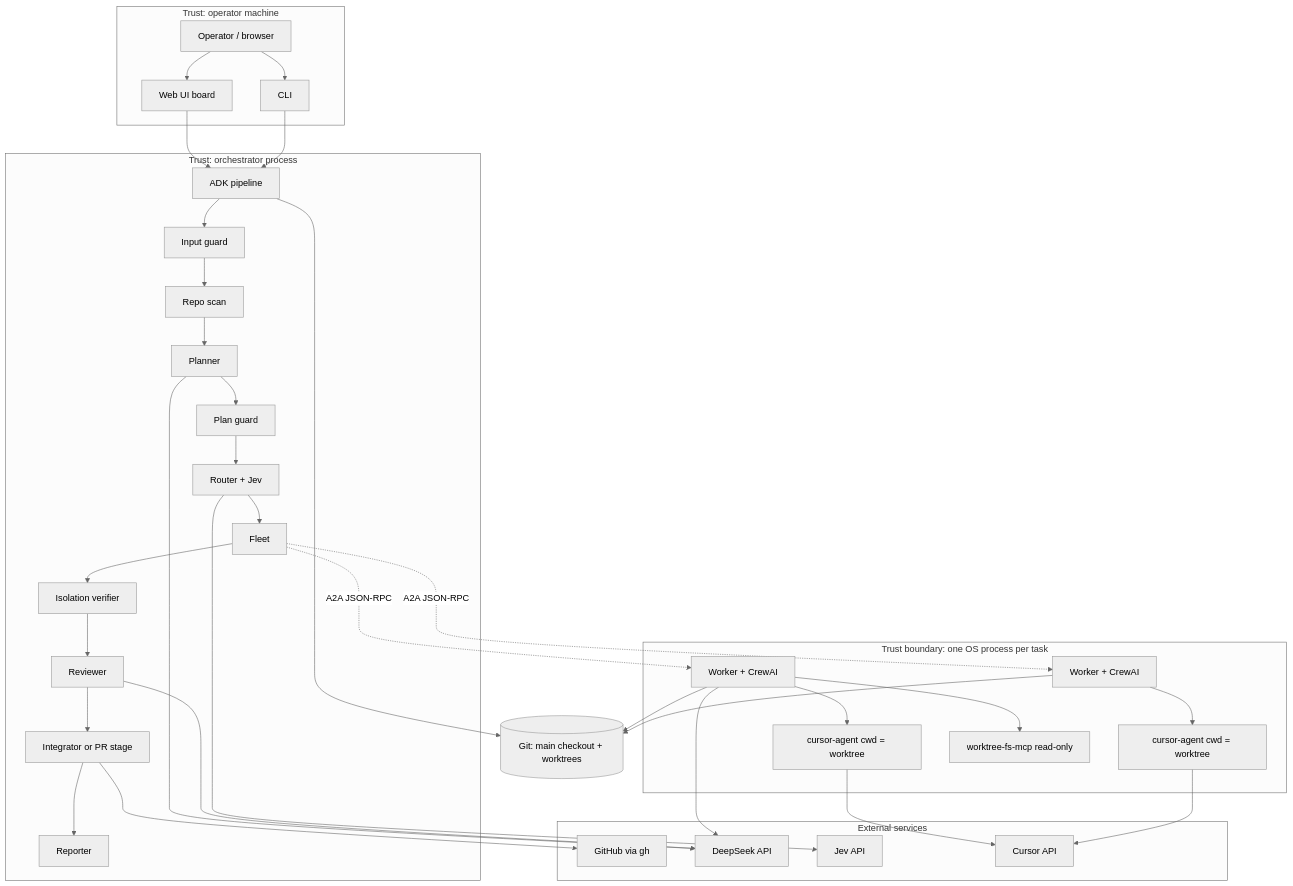
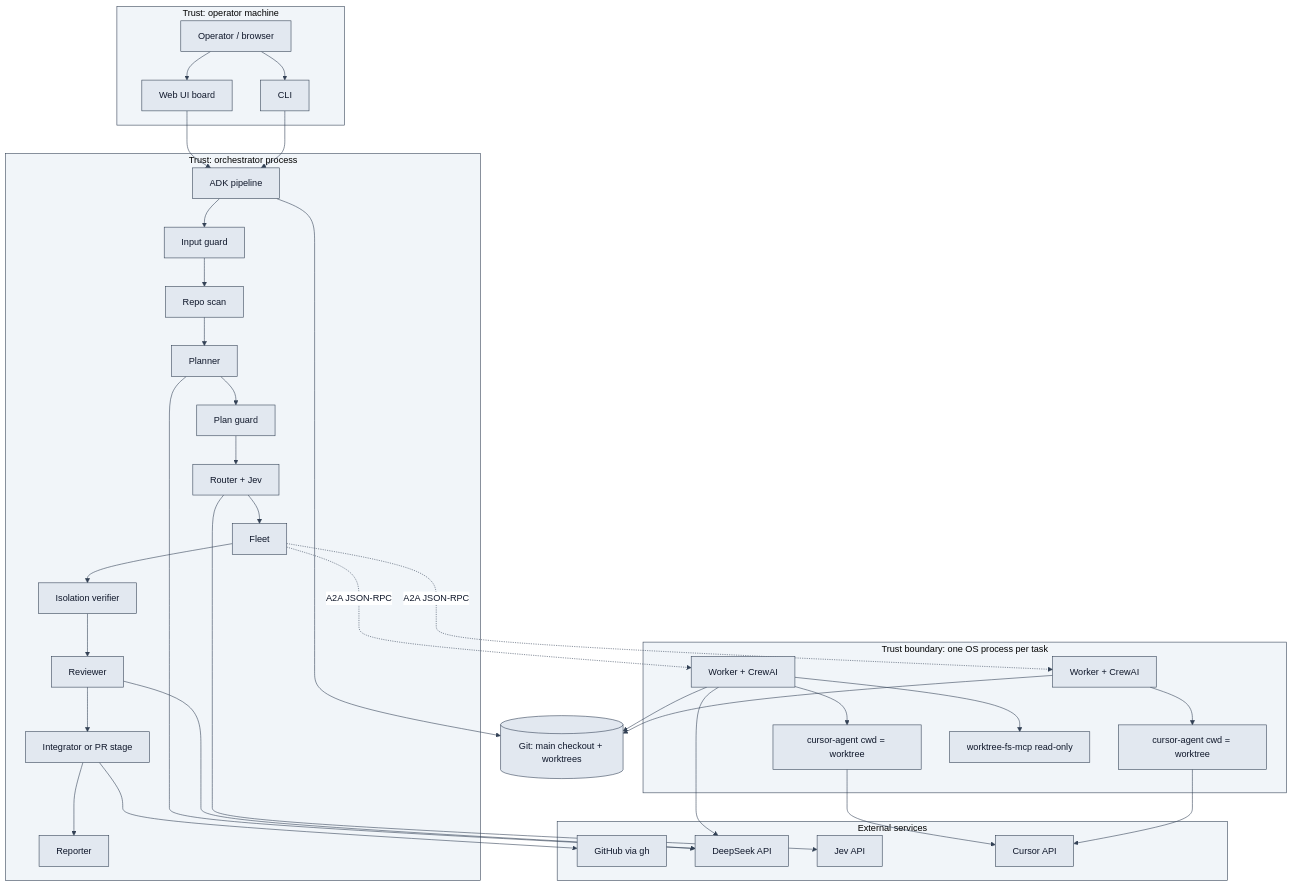
The diagram in docs/img/diagrams/context.mmd (AmartyaKumar11/TreeFleet), drawn with Mermaid before and after one commit. The commit also changed 10 other files, not shown here.

Commit message:
docs: improve diagram contrast and drop AO comparison from README.

```diff
--- a/docs/img/diagrams/context.mmd
+++ b/docs/img/diagrams/context.mmd
@@ -1,59 +1,59 @@
-%%{init: {'theme': 'neutral'}}%%
+%%{init: {'theme': 'base', 'themeVariables': {'background': '#ffffff', 'primaryColor': '#e2e8f0', 'primaryTextColor': '#0f172a', 'primaryBorderColor': '#334155', 'lineColor': '#334155', 'secondaryColor': '#f1f5f9', 'tertiaryColor': '#ffffff', 'clusterBkg': '#f1f5f9', 'clusterBorder': '#334155', 'edgeLabelBackground': '#ffffff'}}}%%
 flowchart TB
   subgraph user_trust["Trust: operator machine"]
     U[Operator / browser]
     CLI[CLI]
     UI[Web UI board]
   end
 
   subgraph orch_trust["Trust: orchestrator process"]
     ORCH[ADK pipeline]
     G1[Input guard]
     RS[Repo scan]
     PL[Planner]
     PG[Plan guard]
     RT[Router + Jev]
     FL[Fleet]
     VF[Isolation verifier]
     RV[Reviewer]
     IG[Integrator or PR stage]
     RP[Reporter]
     ORCH --> G1 --> RS --> PL --> PG --> RT --> FL --> VF --> RV --> IG --> RP
   end
 
   subgraph worker_trust["Trust boundary: one OS process per task"]
     W1[Worker + CrewAI]
     W2[Worker + CrewAI]
     CU1[cursor-agent cwd = worktree]
     CU2[cursor-agent cwd = worktree]
     MCP1[worktree-fs-mcp read-only]
     W1 --> MCP1
     W1 --> CU1
     W2 --> CU2
   end
 
   subgraph external["External services"]
     GH[GitHub via gh]
     DS[DeepSeek API]
     JV[Jev API]
     CR[Cursor API]
   end
 
   GIT[(Git: main checkout + worktrees)]
 
   U --> UI
   U --> CLI
   UI --> ORCH
   CLI --> ORCH
   FL -. A2A JSON-RPC .-> W1
   FL -. A2A JSON-RPC .-> W2
   ORCH --> GIT
   W1 --> GIT
   W2 --> GIT
   IG --> GH
   PL --> DS
   RV --> DS
   W1 --> DS
   RT --> JV
   CU1 --> CR
   CU2 --> CR
```
